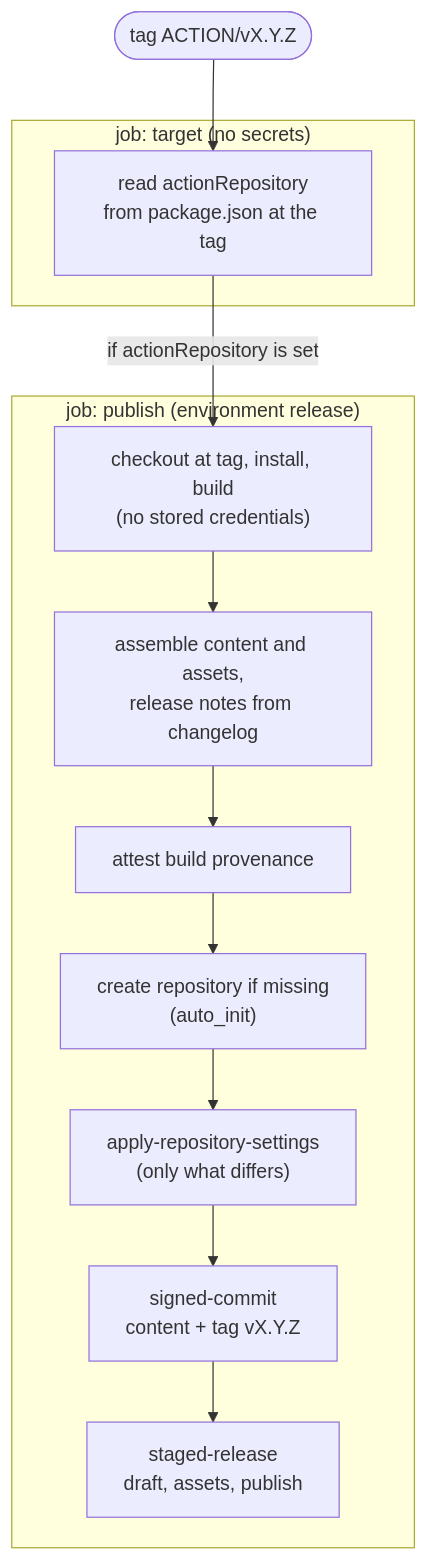
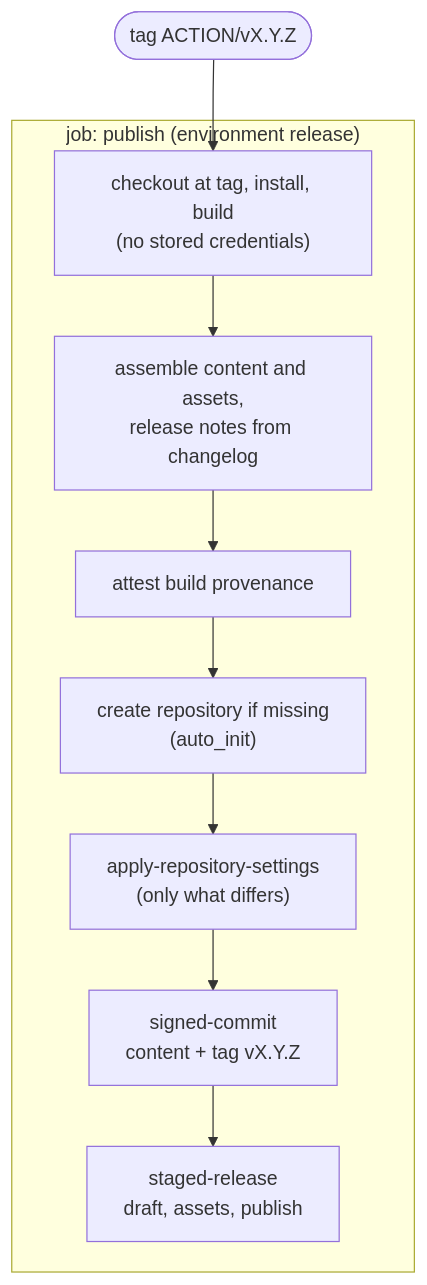
Before and after one commit to simbo-actions/actions: the third of 6 diagrams in ARCHITECTURE.md, drawn with Mermaid. The commit also changed other lines of this file and 36 other files, not shown here.

````diff
--- a/ARCHITECTURE.md
+++ b/ARCHITECTURE.md
@@ -121,22 +126,16 @@
 ```mermaid
 flowchart TD
-  tag(["tag ACTION/vX.Y.Z"]) --> target
+  tag(["tag ACTION/vX.Y.Z"]) --> build
 
-  subgraph job1["job: target (no secrets)"]
-    target["read actionRepository<br/>from package.json at the tag"]
-  end
-
-  target -- "if actionRepository is set" --> build
-
-  subgraph job2["job: publish (environment release)"]
+  subgraph job["job: publish (environment release)"]
     build["checkout at tag, install, build<br/>(no stored credentials)"]
     assemble["assemble content and assets,<br/>release notes from changelog"]
     attest["attest build provenance"]
     create["create repository if missing<br/>(auto_init)"]
     configure["apply-repository-settings<br/>(only what differs)"]
     commit["signed-commit<br/>content + tag vX.Y.Z"]
     release["staged-release<br/>draft, assets, publish"]
 
     build --> assemble --> attest --> create --> configure --> commit --> release
   end
 ```
````
